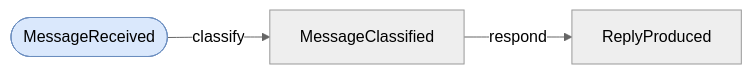
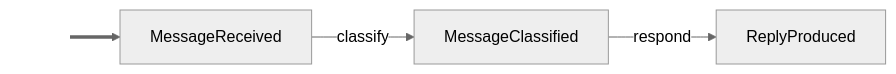
Before and after one commit to cadance-io/langgraph-events: the diagram in README.md, drawn with Mermaid (neutral theme). The commit also changed 8 other files, not shown here.

First line of the commit message:
Replace seed event stadium shape with thick entry edge

````diff
--- a/README.md
+++ b/README.md
@@ -182,7 +182,7 @@
 ```mermaid
 graph LR
-    classDef seed fill:#dae8fc,stroke:#6c8ebf
-    MessageReceived([MessageReceived]):::seed
+    classDef entry fill:none,stroke:none,color:none
+    _e0_[ ]:::entry ==> MessageReceived
     MessageReceived -->|classify| MessageClassified
     MessageClassified -->|respond| ReplyProduced
 ```
````
